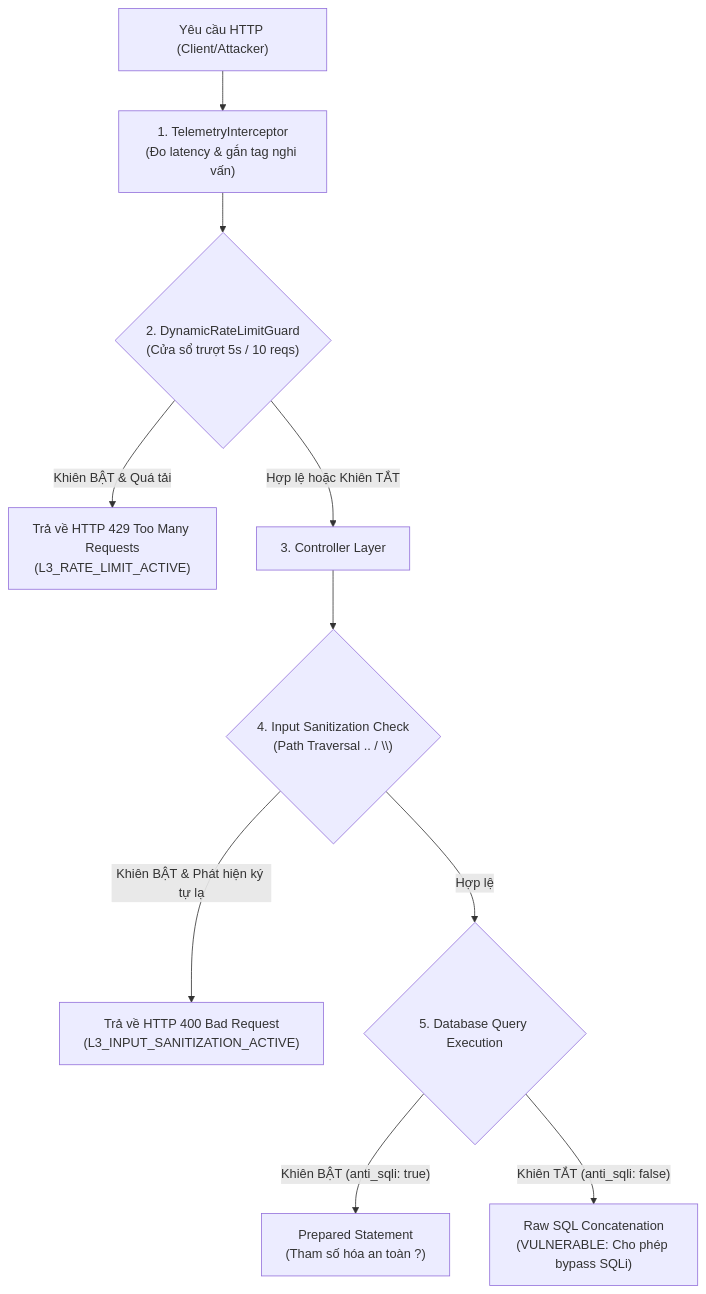
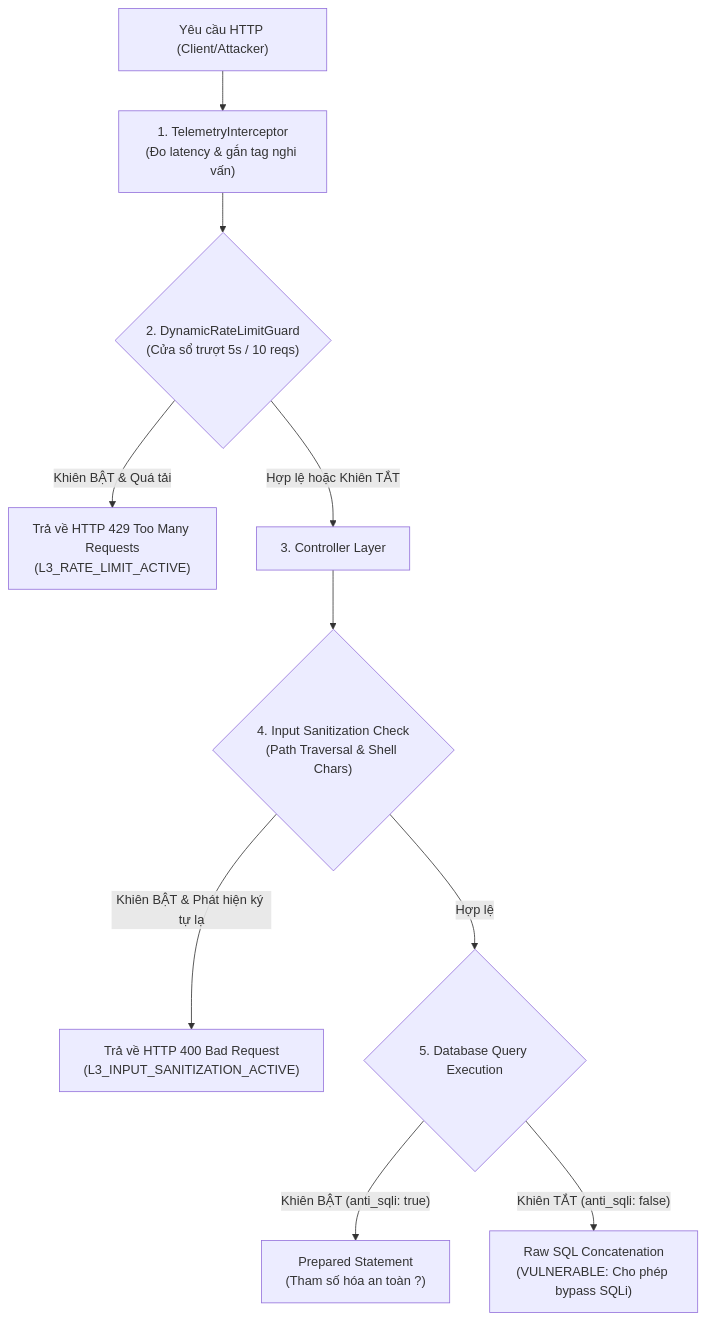
One commit to Kaisrtia/pbl4 changed the diagram in docs/defense/layer3-application-defense.md. Above: the diagram before and after it, drawn with Mermaid. The commit also changed other lines of this file and 8 other files, not shown here.

Commit message:
docs(specs): synchronize all specifications and architecture with plan.pdf (#11)

````diff
--- a/docs/defense/layer3-application-defense.md
+++ b/docs/defense/layer3-application-defense.md
@@ -28,15 +29,15 @@
 ```mermaid
 flowchart TD
     ClientReq["Yêu cầu HTTP (Client/Attacker)"] --> Telemetry["1. TelemetryInterceptor<br/>(Đo latency & gắn tag nghi vấn)"]
     Telemetry --> RateLimitGuard{"2. DynamicRateLimitGuard<br/>(Cửa sổ trượt 5s / 10 reqs)"}
     
     RateLimitGuard -- "Khiên BẬT & Quá tải" --> HTTP429["Trả về HTTP 429 Too Many Requests<br/>(L3_RATE_LIMIT_ACTIVE)"]
     RateLimitGuard -- "Hợp lệ hoặc Khiên TẮT" --> Controller["3. Controller Layer"]
     
-    Controller --> SanitizeCheck{"4. Input Sanitization Check<br/>(Path Traversal .. / \\)"}
+    Controller --> SanitizeCheck{"4. Input Sanitization Check<br/>(Path Traversal & Shell Chars)"}
     SanitizeCheck -- "Khiên BẬT & Phát hiện ký tự lạ" --> HTTP400["Trả về HTTP 400 Bad Request<br/>(L3_INPUT_SANITIZATION_ACTIVE)"]
     
     SanitizeCheck -- "Hợp lệ" --> QueryCheck{"5. Database Query Execution"}
     QueryCheck -- "Khiên BẬT (anti_sqli: true)" --> PreparedStatement["Prepared Statement<br/>(Tham số hóa an toàn ?)"]
     QueryCheck -- "Khiên TẮT (anti_sqli: false)" --> RawSql["Raw SQL Concatenation<br/>(VULNERABLE: Cho phép bypass SQLi)"]
 ```
````
